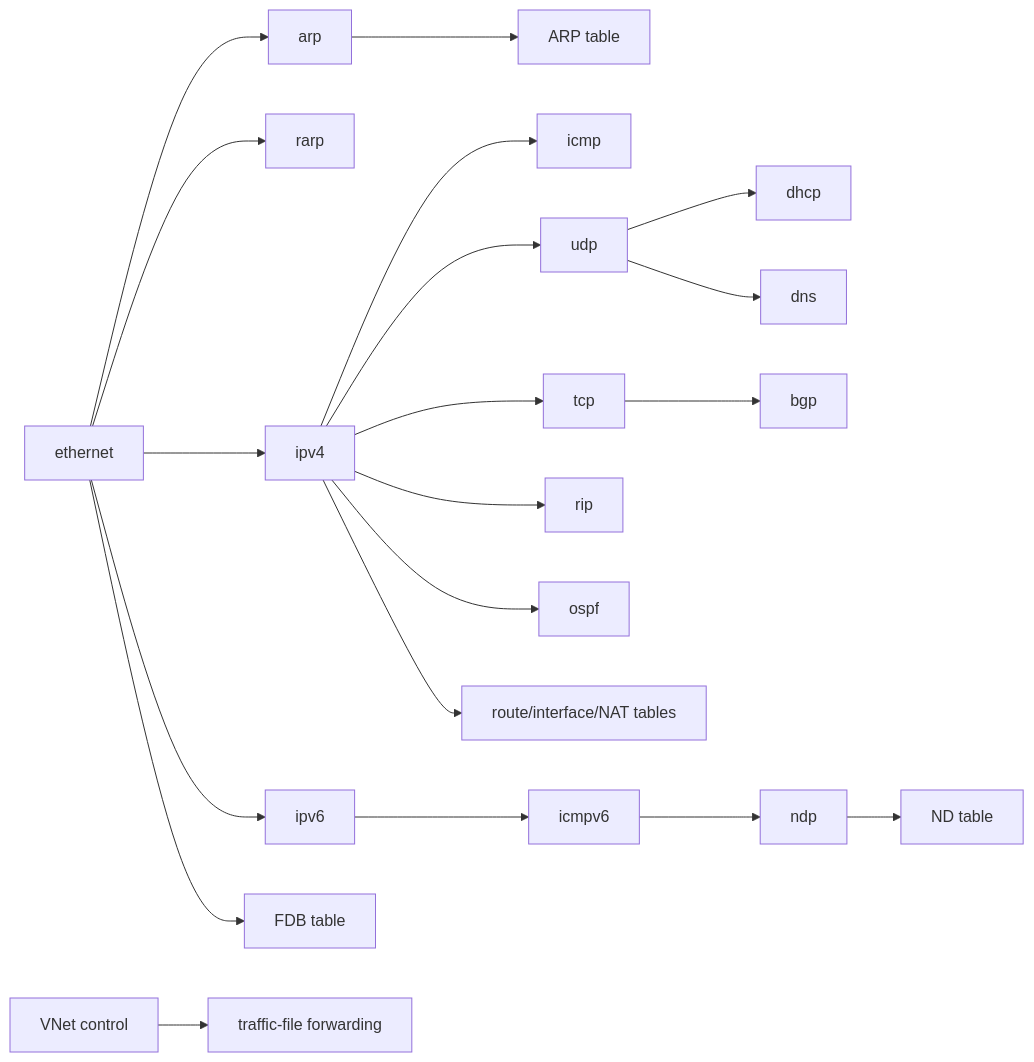
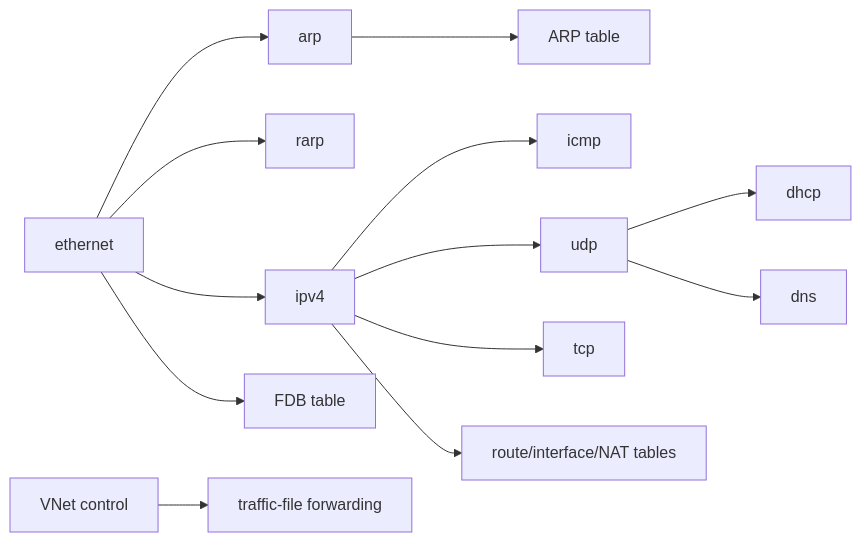
The second of 3 diagrams in docs/protocol_hierarchy.md (luppichristian/vnet), drawn with Mermaid before and after one commit. The commit also changed other lines of this file and 42 other files, not shown here.

````diff
--- a/docs/protocol_hierarchy.md
+++ b/docs/protocol_hierarchy.md
@@ -27,22 +23,15 @@
 ```mermaid
 flowchart LR
   E[ethernet] --> ARP[arp]
   E --> RARP[rarp]
   E --> I4[ipv4]
-  E --> I6[ipv6]
   I4 --> ICMP[icmp]
   I4 --> UDP[udp]
   I4 --> TCP[tcp]
-  I4 --> RIP[rip]
-  I4 --> OSPF[ospf]
-  TCP --> BGP[bgp]
   UDP --> DHCP[dhcp]
   UDP --> DNS[dns]
-  I6 --> ICMP6[icmpv6]
-  ICMP6 --> NDP[ndp]
   V[VNet control] --> F[traffic-file forwarding]
   ARP --> T1[ARP table]
-  NDP --> T2[ND table]
   I4 --> T3[route/interface/NAT tables]
   E --> T4[FDB table]
 ```
````
